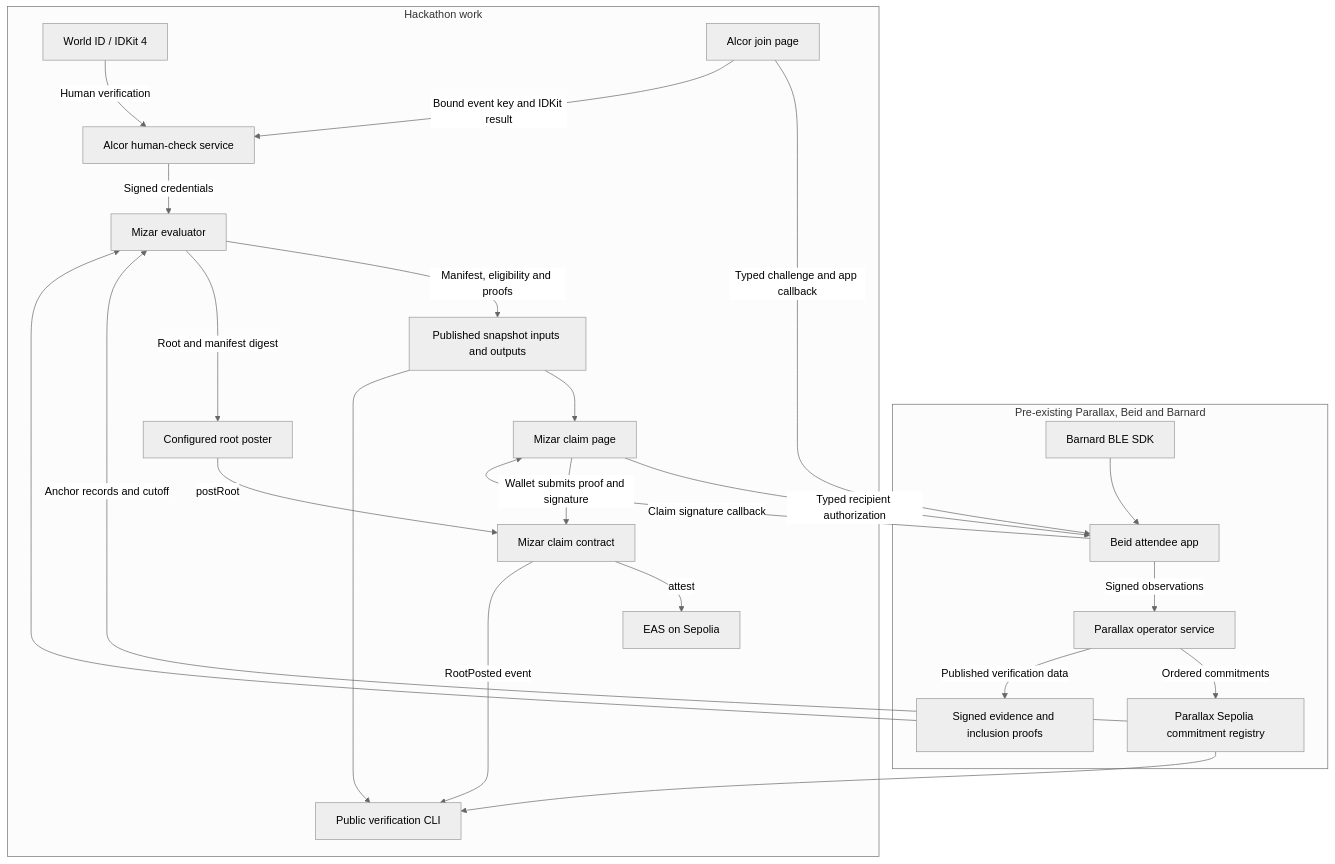
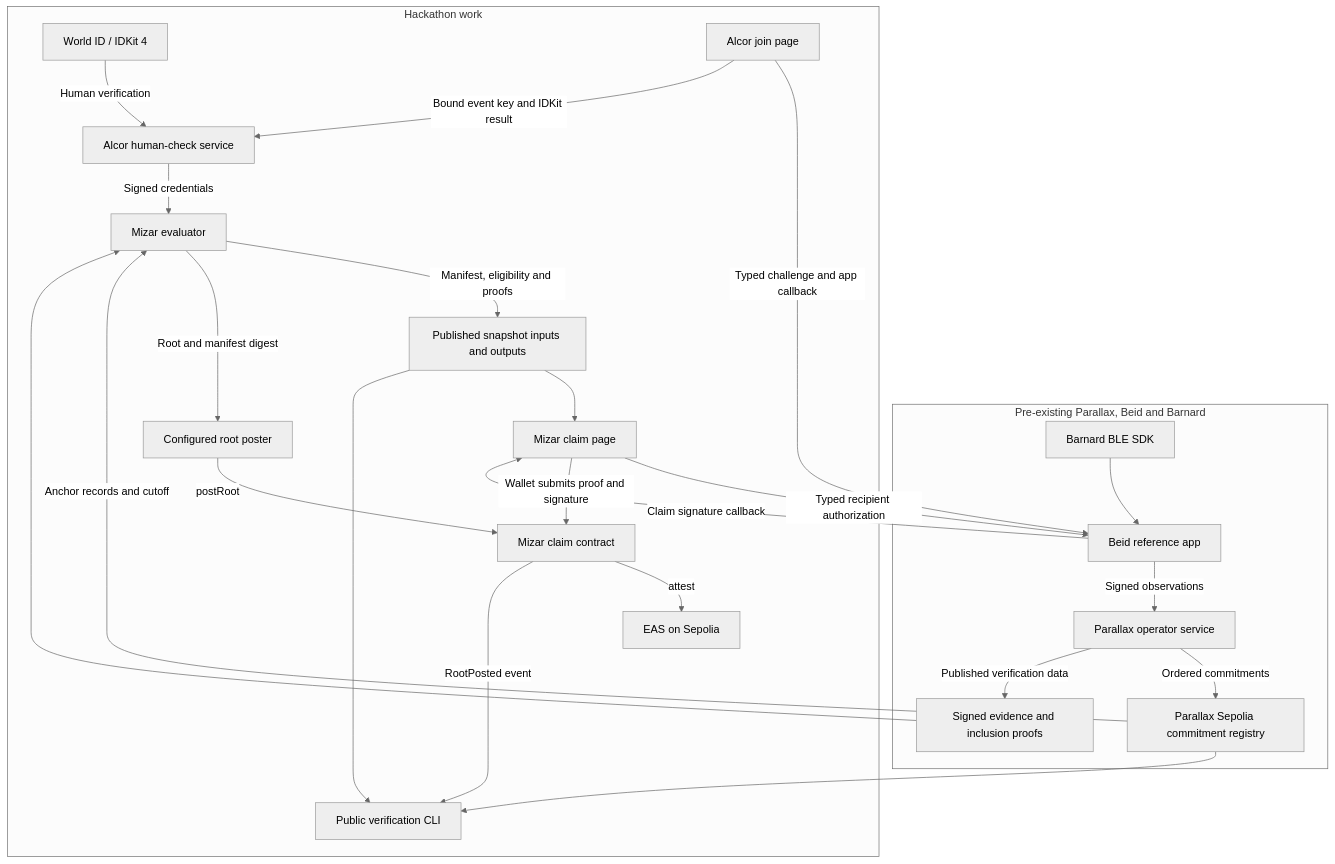
The diagram in README.md (levarac/mizar), drawn with Mermaid (neutral theme) before and after one commit. The commit also changed other lines of this file, not shown here.

Commit message:
docs: present Beid as the reference app and link the demo page

````diff
--- a/README.md
+++ b/README.md
@@ -73,31 +74,31 @@
 ```mermaid
 flowchart TD
     World[World ID / IDKit 4]
     EAS[EAS on Sepolia]
     subgraph Existing[Pre-existing Parallax, Beid and Barnard]
-        SDK[Barnard BLE SDK] --> App[Beid attendee app]
+        SDK[Barnard BLE SDK] --> App[Beid reference app]
         App -->|Signed observations| Operator[Parallax operator service]
         Operator -->|Ordered commitments| Registry[Parallax Sepolia commitment registry]
         Operator -->|Published verification data| Evidence[Signed evidence and inclusion proofs]
     end
 
     subgraph Hackathon[Hackathon work]
         Join[Alcor join page] -->|Typed challenge and app callback| App
         Join -->|Bound event key and IDKit result| Alcor[Alcor human-check service]
         World -->|Human verification| Alcor
         Alcor -->|Signed credentials| Eval[Mizar evaluator]
         Evidence --> Eval
         Registry -->|Anchor records and cutoff| Eval
         Eval -->|Manifest, eligibility and proofs| Published[Published snapshot inputs and outputs]
         Eval -->|Root and manifest digest| Poster[Configured root poster]
         Poster -->|postRoot| Claim[Mizar claim contract]
         Published --> Page[Mizar claim page]
         Page -->|Typed recipient authorization| App
         App -->|Claim signature callback| Page
         Page -->|Wallet submits proof and signature| Claim
         Claim -->|attest| EAS
         Published --> Verify[Public verification CLI]
         Registry --> Verify
         Claim -->|RootPosted event| Verify
     end
 ```
````
